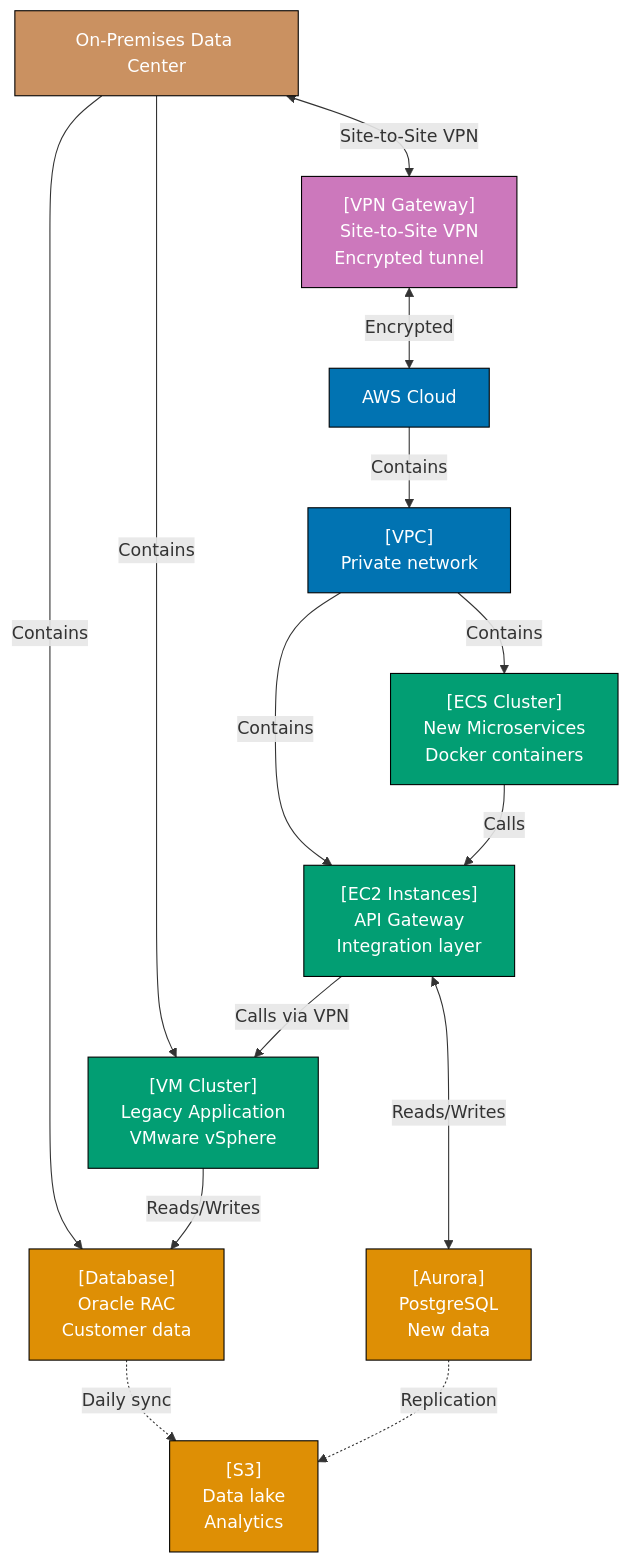
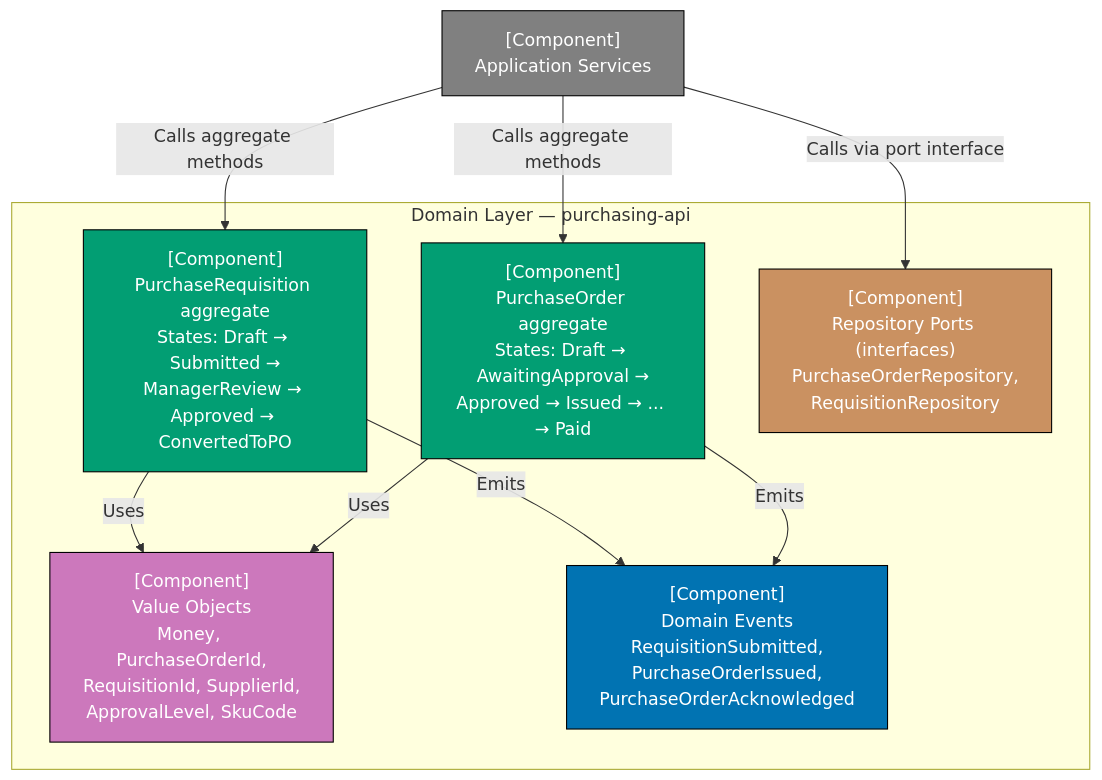
Diagram 20 of 30 in apps/ayokoding-web/content/en/learn/software-engineering/architecture/c4-architecture-model/by-example/intermediate.md (wahidyankf/open-sharia-enterprise), drawn with Mermaid before and after one commit. The commit also changed other lines of this file and 38 other files, not shown here.

First line of the commit message:
docs(ayokoding-web): unify architecture tutorials on shared P2P domain

````diff
--- a/apps/ayokoding-web/content/en/learn/software-engineering/architecture/c4-architecture-model/by-example/intermediate.md
+++ b/apps/ayokoding-web/content/en/learn/software-engineering/architecture/c4-architecture-model/by-example/intermediate.md
@@ -883,47 +837,27 @@
 ```mermaid
 graph TD
-    OnPremises["On-Premises Data Center"]
-    OnPremApp["[VM Cluster]<br/>Legacy Application<br/>VMware vSphere"]
-    OnPremDB["[Database]<br/>Oracle RAC<br/>Customer data"]
+    AppSvc["[Component]<br/>Application Services"]
 
-    VPN["[VPN Gateway]<br/>Site-to-Site VPN<br/>Encrypted tunnel"]
+    subgraph DomainLayer["Domain Layer — purchasing-api"]
+        PRAggregate["[Component]<br/>PurchaseRequisition aggregate<br/>States: Draft → Submitted →<br/>ManagerReview → Approved → ConvertedToPO"]
+        POAggregate["[Component]<br/>PurchaseOrder aggregate<br/>States: Draft → AwaitingApproval →<br/>Approved → Issued → ... → Paid"]
+        VOs["[Component]<br/>Value Objects<br/>Money, PurchaseOrderId,<br/>RequisitionId, SupplierId,<br/>ApprovalLevel, SkuCode"]
+        Events["[Component]<br/>Domain Events<br/>RequisitionSubmitted,<br/>PurchaseOrderIssued,<br/>PurchaseOrderAcknowledged"]
+        Ports["[Component]<br/>Repository Ports (interfaces)<br/>PurchaseOrderRepository,<br/>RequisitionRepository"]
+    end
 
-    AWSCloud["AWS Cloud"]
-    AWSVPC["[VPC]<br/>Private network"]
+    AppSvc -->|"Calls aggregate methods"| PRAggregate
+    AppSvc -->|"Calls aggregate methods"| POAggregate
+    PRAggregate -->|"Uses"| VOs
+    POAggregate -->|"Uses"| VOs
+    PRAggregate -->|"Emits"| Events
+    POAggregate -->|"Emits"| Events
+    AppSvc -->|"Calls via port interface"| Ports
 
-    APIGateway["[EC2 Instances]<br/>API Gateway<br/>Integration layer"]
-    NewApps["[ECS Cluster]<br/>New Microservices<br/>Docker containers"]
-
-    AuroraDB["[Aurora]<br/>PostgreSQL<br/>New data"]
-
-    S3["[S3]<br/>Data lake<br/>Analytics"]
-
-    OnPremises -->|Contains| OnPremApp
-    OnPremises -->|Contains| OnPremDB
-    OnPremApp -->|Reads/Writes| OnPremDB
-
-    OnPremises <-->|Site-to-Site VPN| VPN
-    VPN <-->|Encrypted| AWSCloud
-
-    AWSCloud -->|Contains| AWSVPC
-    AWSVPC -->|Contains| APIGateway
-    AWSVPC -->|Contains| NewApps
-
-    APIGateway -->|Calls via VPN| OnPremApp
-    APIGateway <-->|Reads/Writes| AuroraDB
-    NewApps -->|Calls| APIGateway
-
-    OnPremDB -.->|"Daily sync"| S3
-    AuroraDB -.->|"Replication"| S3
-
-    style OnPremises fill:#CA9161,stroke:#000,color:#fff
-    style OnPremApp fill:#029E73,stroke:#000,color:#fff
-    style OnPremDB fill:#DE8F05,stroke:#000,color:#fff
-    style VPN fill:#CC78BC,stroke:#000,color:#fff
-    style AWSCloud fill:#0173B2,stroke:#000,color:#fff
-    style AWSVPC fill:#0173B2,stroke:#000,color:#fff
-    style APIGateway fill:#029E73,stroke:#000,color:#fff
-    style NewApps fill:#029E73,stroke:#000,color:#fff
-    style AuroraDB fill:#DE8F05,stroke:#000,color:#fff
-    style S3 fill:#DE8F05,stroke:#000,color:#fff
+    style AppSvc fill:#808080,stroke:#000,color:#fff
+    style PRAggregate fill:#029E73,stroke:#000,color:#fff
+    style POAggregate fill:#029E73,stroke:#000,color:#fff
+    style VOs fill:#CC78BC,stroke:#000,color:#fff
+    style Events fill:#0173B2,stroke:#000,color:#fff
+    style Ports fill:#CA9161,stroke:#000,color:#fff
 ```
````
